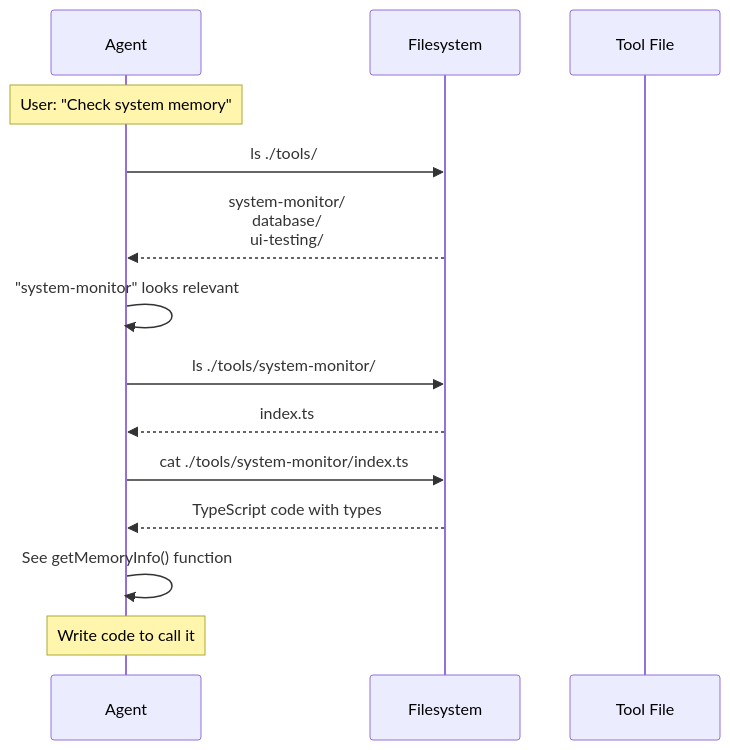
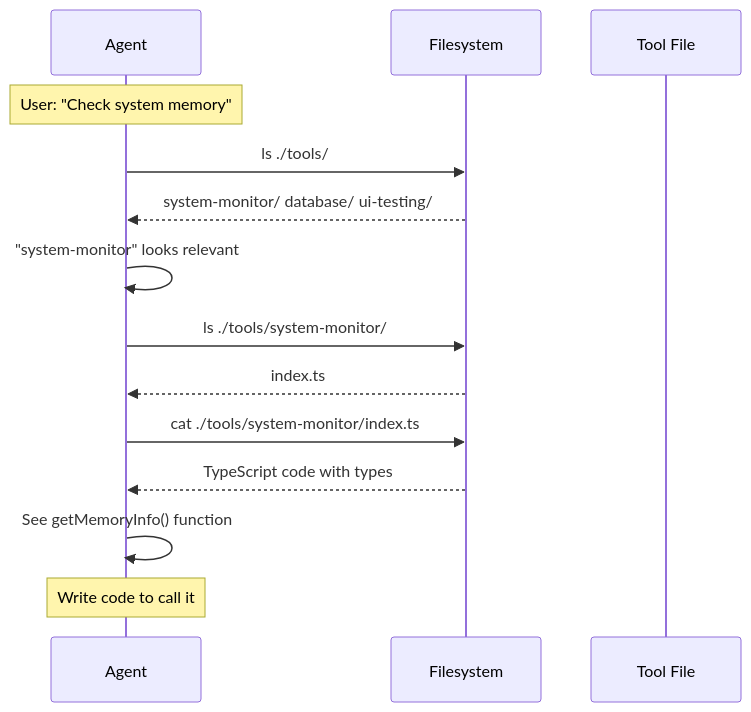
The fifth of 8 diagrams in wiki/Code-First-Approach.md (softwarewrighter/rust-wasm-monitor), drawn with Mermaid before and after one commit. The commit also changed other lines of this file and 6 other files, not shown here.

````diff
--- a/wiki/Code-First-Approach.md
+++ b/wiki/Code-First-Approach.md
@@ -311,23 +311,23 @@
 ```mermaid
 sequenceDiagram
     participant Agent
     participant FS as Filesystem
     participant Tool as Tool File
 
     Note over Agent: User: "Check system memory"
 
     Agent->>FS: ls ./tools/
-    FS-->>Agent: system-monitor/<br/>database/<br/>ui-testing/
+    FS-->>Agent: system-monitor/ database/ ui-testing/
 
     Agent->>Agent: "system-monitor" looks relevant
 
     Agent->>FS: ls ./tools/system-monitor/
     FS-->>Agent: index.ts
 
     Agent->>FS: cat ./tools/system-monitor/index.ts
     FS-->>Agent: TypeScript code with types
 
     Agent->>Agent: See getMemoryInfo() function
 
     Note over Agent: Write code to call it
 ```
````
